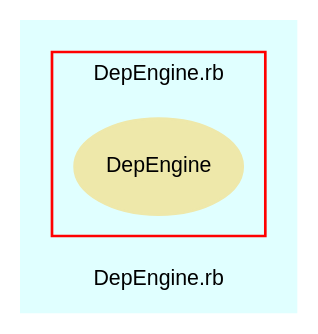
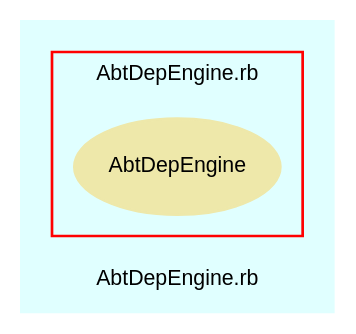
Before and after one commit to eschabell/abtlinux: the diagram in src/trunk/doc/dot/f_6.dot, drawn with Graphviz. The commit also changed 41 other files, not shown here.

```diff
--- a/src/trunk/doc/dot/f_6.dot
+++ b/src/trunk/doc/dot/f_6.dot
@@ -1,28 +1,28 @@
 digraph TopLevel {
     compound = true
     bgcolor = lightcyan1
     fontname = Arial
     fontsize = 8
-    label = "DepEngine.rb"
+    label = "AbtDepEngine.rb"
     node [
         fontname = Arial,
         fontsize = 8,
         color = black
     ]
 
     subgraph cluster_7 {
         fontname = Arial
         color = red
-        label = "DepEngine.rb"
-        DepEngine [
+        label = "AbtDepEngine.rb"
+        AbtDepEngine [
             fontcolor = black,
-            URL = "classes/DepEngine.html",
+            URL = "classes/AbtDepEngine.html",
             shape = ellipse,
             color = palegoldenrod,
             style = filled,
-            label = "DepEngine"
+            label = "AbtDepEngine"
         ]
 
     }
 
 }
```
